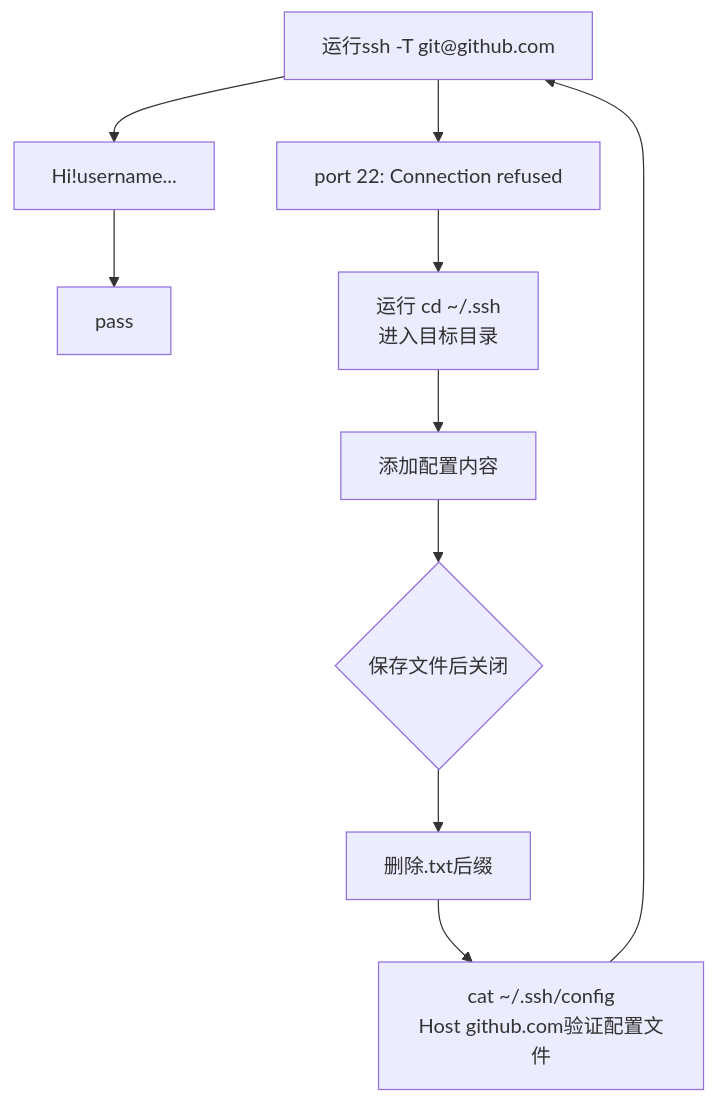
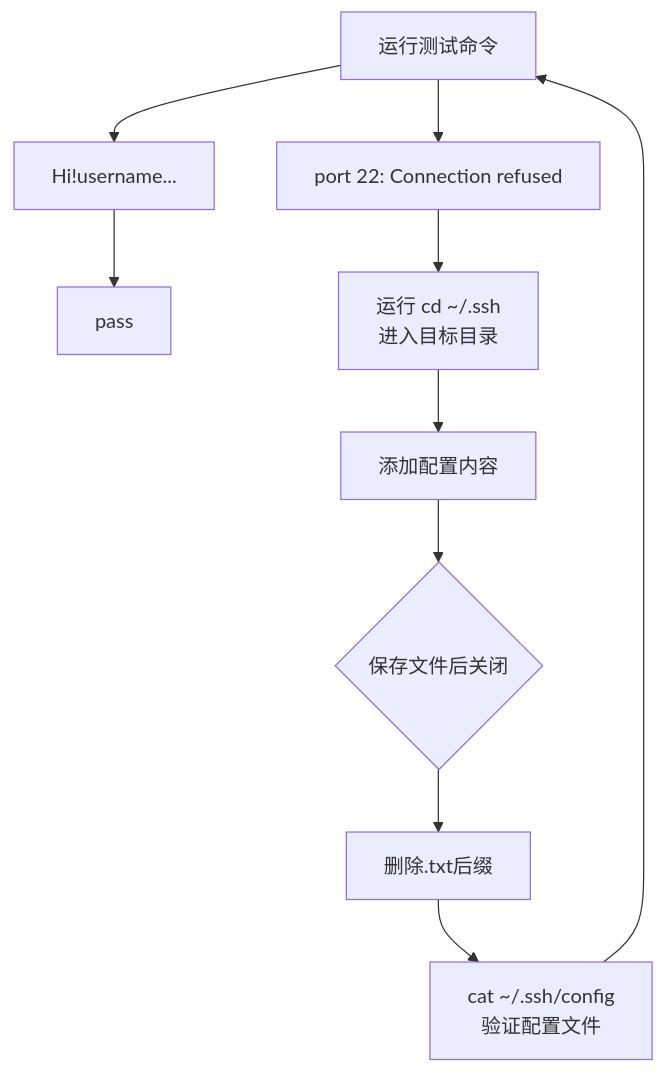
One commit to Helen115111/Helen115111.github.io changed the second of 2 diagrams in SSH密钥配置与故障排查指南.md. Above: the diagram before and after it, drawn with Mermaid. The commit also changed other lines of this file and 8 other files, not shown here.

````diff
--- a/SSH密钥配置与故障排查指南.md
+++ b/SSH密钥配置与故障排查指南.md
@@ -66,14 +82,13 @@
 ```mermaid
 flowchart TD
-A[运行ssh -T git@github.com] --> B[Hi!username...]
+A[运行测试命令] --> B[Hi!username...]
 B --> D[pass]
 A --> C[port 22: Connection refused
 ]
 C --> E[运行 cd ~/.ssh<br>进入目标目录]
 E --> G[添加配置内容]
 G --> H{保存文件后关闭}
 H --> F[删除.txt后缀]
-F --> J[cat ~/.ssh/config
-Host github.com验证配置文件]
+F --> J[cat ~/.ssh/config<br>验证配置文件]
 J --> A
 ```
````
